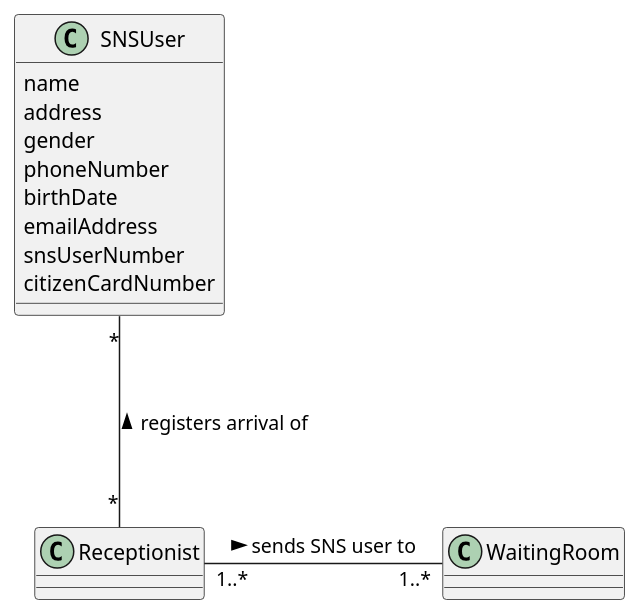
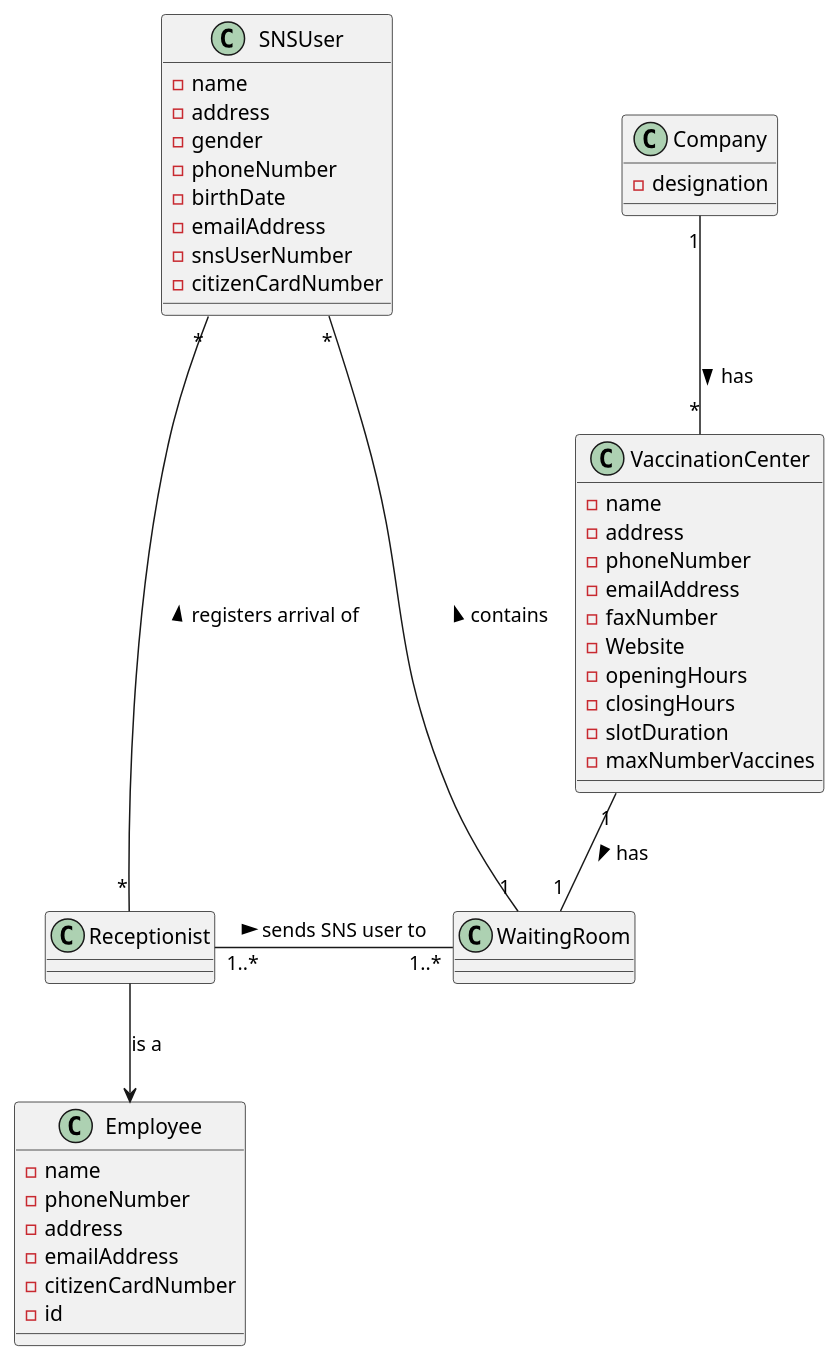
The diagram in docs/SprintC/US4/US4_DM.puml (diogonapoles/isep-lapr2), drawn with PlantUML before and after one commit. The commit also changed 13 other files, not shown here.

```diff
--- a/docs/SprintC/US4/US4_DM.puml
+++ b/docs/SprintC/US4/US4_DM.puml
@@ -1,20 +1,50 @@
 @startuml
 
 class Receptionist
 
 class WaitingRoom
 
-class SNSUser{
-name
-address
-gender
-phoneNumber
-birthDate
-emailAddress
-snsUserNumber
-citizenCardNumber
+class VaccinationCenter{
+-name
+-address
+-phoneNumber
+-emailAddress
+-faxNumber
+-Website
+-openingHours
+-closingHours
+-slotDuration
+-maxNumberVaccines
 }
 
+class SNSUser{
+-name
+-address
+-gender
+-phoneNumber
+-birthDate
+-emailAddress
+-snsUserNumber
+-citizenCardNumber
+}
+
+class Company{
+-designation
+}
+
+class Employee{
+-name
+-phoneNumber
+-address
+-emailAddress
+-citizenCardNumber
+-id
+}
+
+Receptionist --> Employee:is a
+WaitingRoom "1"--"*"SNSUser: contains >
+Company "1"--"*"VaccinationCenter: has >
+VaccinationCenter "1"--"1" WaitingRoom: has >
 Receptionist "*" -up-- "*" SNSUser : registers arrival of >
 Receptionist "1..*"-right-- "1..*"WaitingRoom : sends SNS user to >
 @enduml
```
